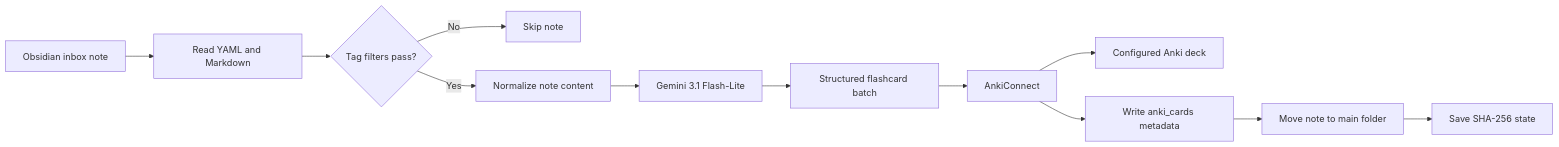
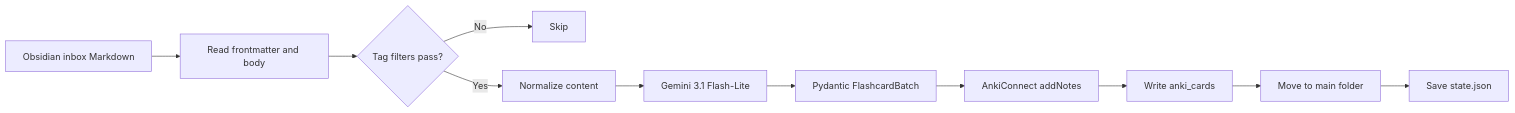
Before and after one commit to NikaMalakmadze/Obsidian2Anki: the diagram in ReadMe.md, drawn with Mermaid. The commit also changed other lines of this file, not shown here.

````diff
--- a/ReadMe.md
+++ b/ReadMe.md
@@ -32,14 +33,13 @@
 ```mermaid
 flowchart LR
-    A[Obsidian inbox note] --> B[Read YAML and Markdown]
+    A[Obsidian inbox Markdown] --> B[Read frontmatter and body]
     B --> C{Tag filters pass?}
-    C -- No --> D[Skip note]
-    C -- Yes --> E[Normalize note content]
+    C -- No --> D[Skip]
+    C -- Yes --> E[Normalize content]
     E --> F[Gemini 3.1 Flash-Lite]
-    F --> G[Structured flashcard batch]
-    G --> H[AnkiConnect]
-    H --> I[Configured Anki deck]
-    H --> J[Write anki_cards metadata]
-    J --> K[Move note to main folder]
-    K --> L[Save SHA-256 state]
+    F --> G[Pydantic FlashcardBatch]
+    G --> H[AnkiConnect addNotes]
+    H --> I[Write anki_cards]
+    I --> J[Move to main folder]
+    J --> K[Save state.json]
 ```
````
